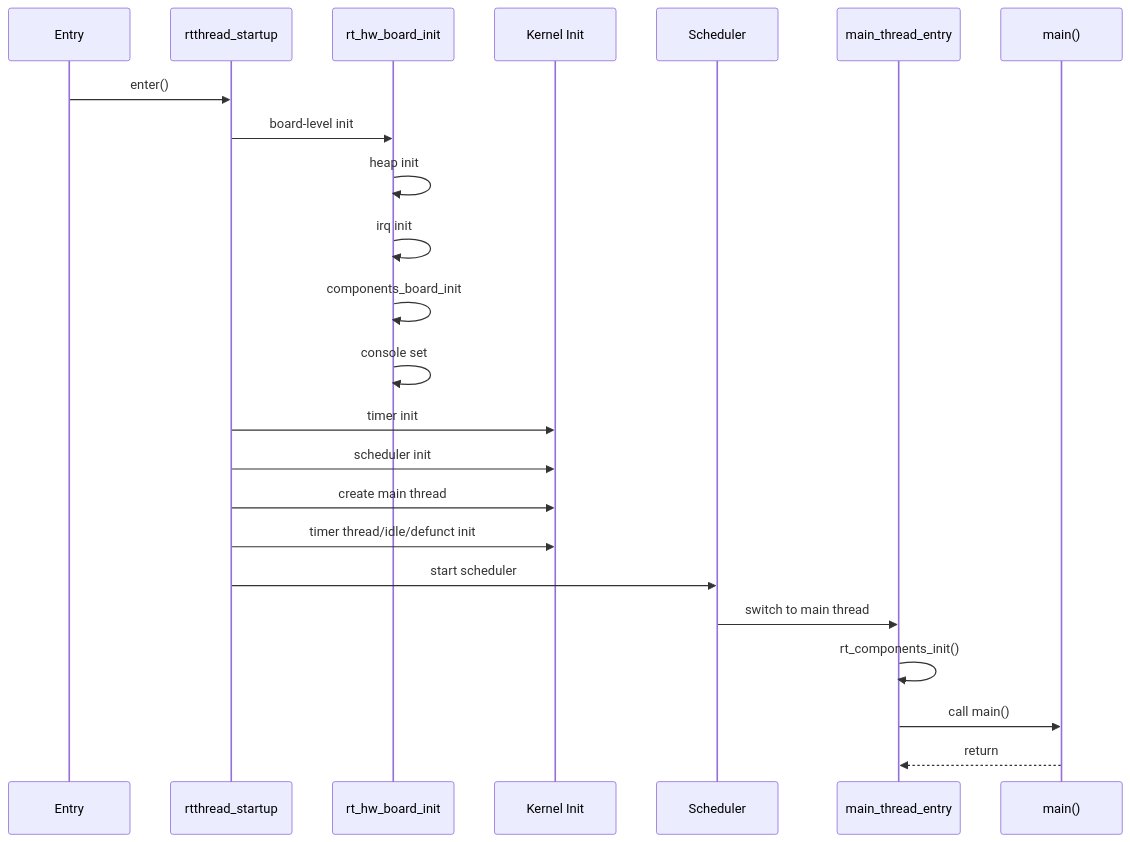
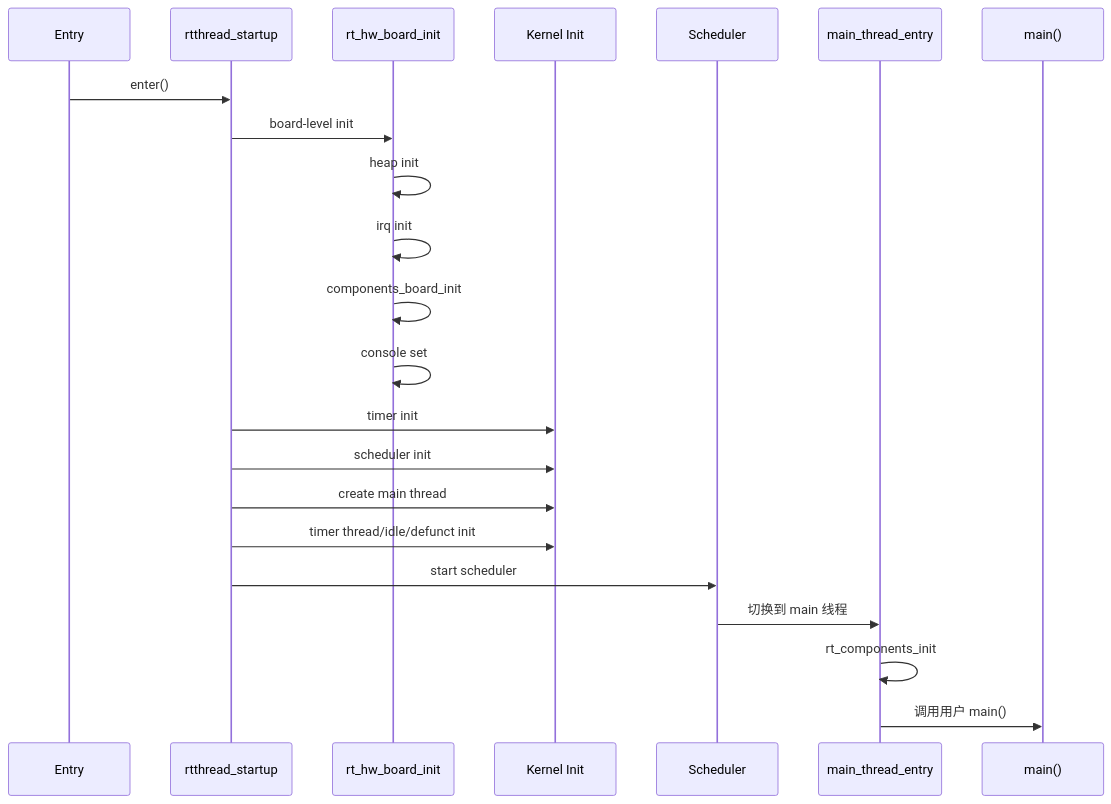
The first of 25 diagrams in 源码阅读/RT-thread源码阅读/2.启动主链分析.md (chengtao-ct/Flushingbondading_Notes), drawn with Mermaid before and after one commit. The commit also changed other lines of this file and 98 other files, not shown here.

````diff
--- a/源码阅读/RT-thread源码阅读/2.启动主链分析.md
+++ b/源码阅读/RT-thread源码阅读/2.启动主链分析.md
@@ -16,27 +41,25 @@
 ```mermaid
 sequenceDiagram
-participant E as Entry
-participant S as rtthread_startup
-participant B as rt_hw_board_init
-participant K as Kernel Init
-participant SCH as Scheduler
-participant MT as main_thread_entry
-participant M as main()
+    participant E as Entry
+    participant S as rtthread_startup
+    participant B as rt_hw_board_init
+    participant K as Kernel Init
+    participant SCH as Scheduler
+    participant MT as main_thread_entry
+    participant M as main()
 
-E->>S: enter()
-S->>B: board-level init
-B->>B: heap init
-B->>B: irq init
-B->>B: components_board_init
-B->>B: console set
-S->>K: timer init
-S->>K: scheduler init
-S->>K: create main thread
-S->>K: timer thread/idle/defunct init
-S->>SCH: start scheduler
-SCH->>MT: switch to main thread
-MT->>MT: rt_components_init()
-MT->>M: call main()
-M-->>MT: return
-
+    E->>S: enter()
+    S->>B: board-level init
+    B->>B: heap init
+    B->>B: irq init
+    B->>B: components_board_init
+    B->>B: console set
+    S->>K: timer init
+    S->>K: scheduler init
+    S->>K: create main thread
+    S->>K: timer thread/idle/defunct init
+    S->>SCH: start scheduler
+    SCH->>MT: 切换到 main 线程
+    MT->>MT: rt_components_init
+    MT->>M: 调用用户 main()
 ```
````
